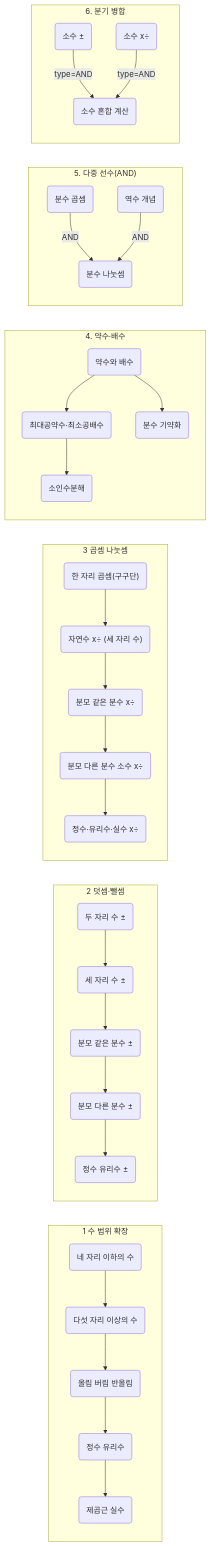
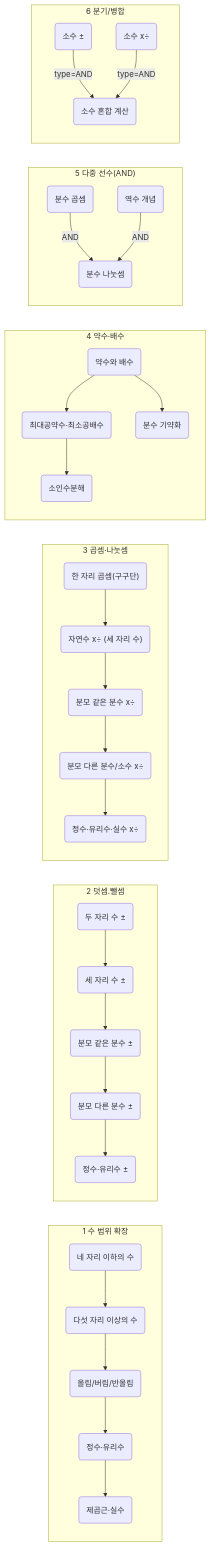
Before and after one commit to ldmrepo/ai-item-generation-system: the diagram in docs/02 docs/관계분석.md, drawn with Mermaid. The commit also changed 4 other files, not shown here.

Commit message:
다이어그램의 텍스트 수정 및 불필요한 HTML 파일 삭제

````diff
--- a/docs/02 docs/관계분석.md
+++ b/docs/02 docs/관계분석.md
@@ -124,76 +124,76 @@
 ```mermaid
 graph LR
     %% 수 범위 확장
     subgraph "1 수 범위 확장"
       A0("네 자리 이하의 수")
       A1("다섯 자리 이상의 수")
-      A2("올림 버림 반올림")
-      A3("정수 유리수")
-      A4("제곱근 실수")
+      A2("올림/버림/반올림")
+      A3("정수·유리수")
+      A4("제곱근·실수")
 
       A0 --> A1
       A1 --> A2
       A2 --> A3
       A3 --> A4
     end
 
     %% 덧셈/뺄셈 확장
-    subgraph "2 덧셈·뺄셈"
+    subgraph "2 덧셈.뺄셈"
       B0("두 자리 수 ±")
       B1("세 자리 수 ±")
       B2("분모 같은 분수 ±")
       B3("분모 다른 분수 ±")
-      B4("정수 유리수 ±")
+      B4("정수·유리수 ±")
 
       B0 --> B1
       B1 --> B2
       B2 --> B3
       B3 --> B4
     end
 
     %% 곱셈/나눗셈 확장
-    subgraph "3 곱셈 나눗셈"
+    subgraph "3 곱셈·나눗셈"
       C0("한 자리 곱셈(구구단)")
       C1("자연수 x÷ (세 자리 수)")
       C2("분모 같은 분수 x÷")
-      C3("분모 다른 분수 소수 x÷")
+      C3("분모 다른 분수/소수 x÷")
       C4("정수·유리수·실수 x÷")
 
       C0 --> C1
       C1 --> C2
       C2 --> C3
       C3 --> C4
     end
 
     %% 약수·배수 -> 소인수분해/기약화
-    subgraph "4. 약수·배수"
+    subgraph "4 약수·배수"
       D0("약수와 배수")
       D1("최대공약수·최소공배수")
       D2("소인수분해")
       D3("분수 기약화")
 
       D0 --> D1
       D1 --> D2
       D0 --> D3
     end
 
     %% 복합 AND 예시 (분수의 나눗셈)
-    subgraph "5. 다중 선수(AND)"
+    subgraph "5 다중 선수(AND)"
       M("분수 곱셈")
       N("역수 개념")
       O("분수 나눗셈")
 
       M -- AND --> O
       N -- AND --> O
     end
 
     %% 분기/병합 예시 (소수 혼합 계산)
-    subgraph "6. 분기 병합"
+    subgraph "6 분기/병합"
       X("소수 ±")
       Y("소수 x÷")
       Z("소수 혼합 계산")
 
       X -- type=AND --> Z
       Y -- type=AND --> Z
     end
 ```
````
